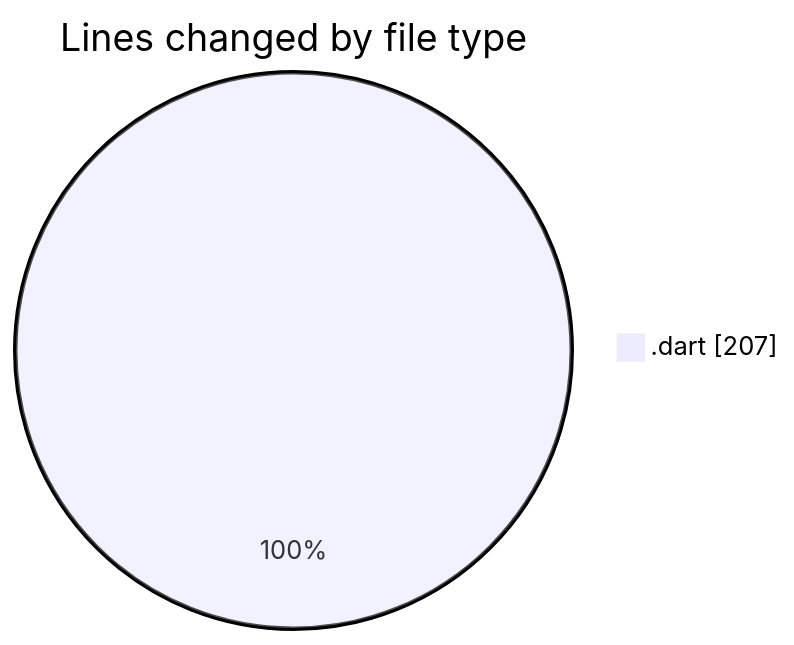
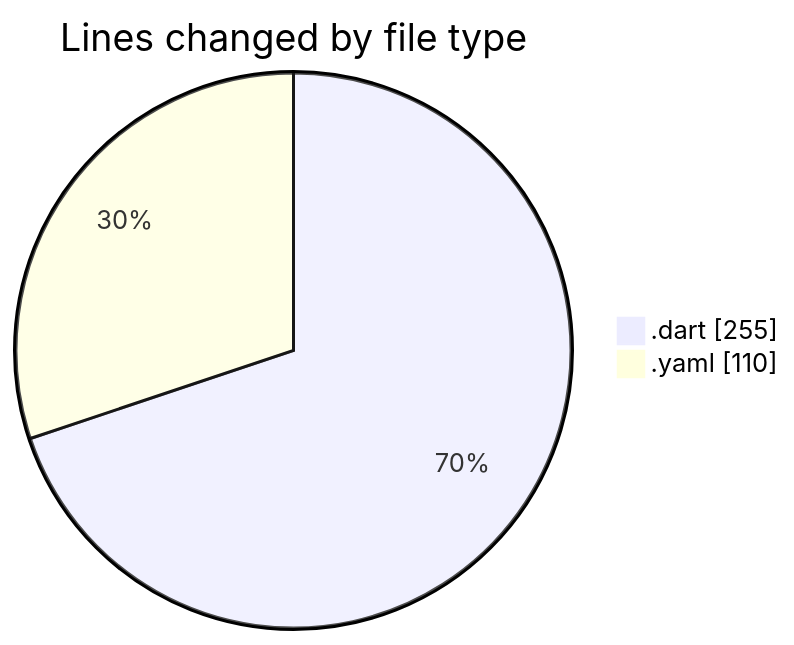
The first of 2 diagrams in 2025-07-31/studybuddy/README.md (lephambinh05/code-tracking), drawn with Mermaid before and after one commit. The commit also changed other lines of this file and 1 other file, not shown here.

````diff
--- a/2025-07-31/studybuddy/README.md
+++ b/2025-07-31/studybuddy/README.md
@@ -20,5 +22,6 @@
 ```mermaid
 pie showData
 title Lines changed by file type
-".dart" : 207
+".dart" : 255
+".yaml" : 110
 ```
````
